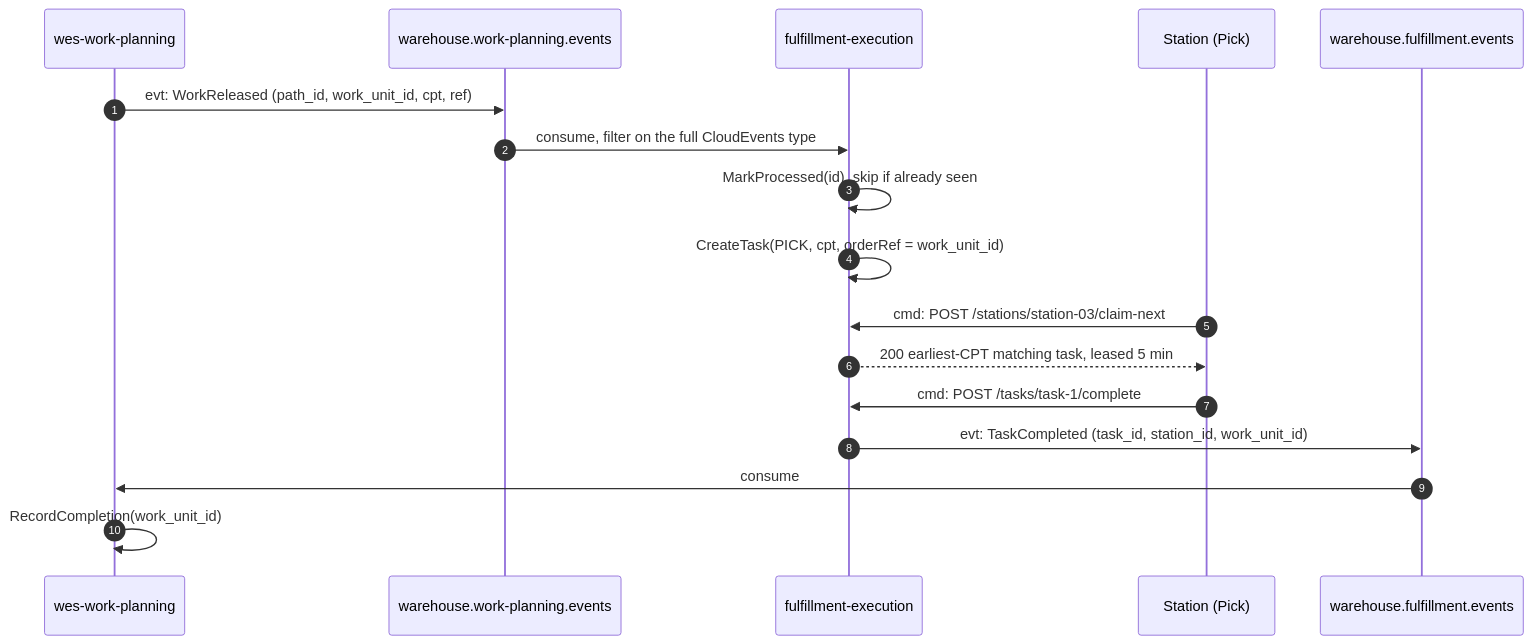
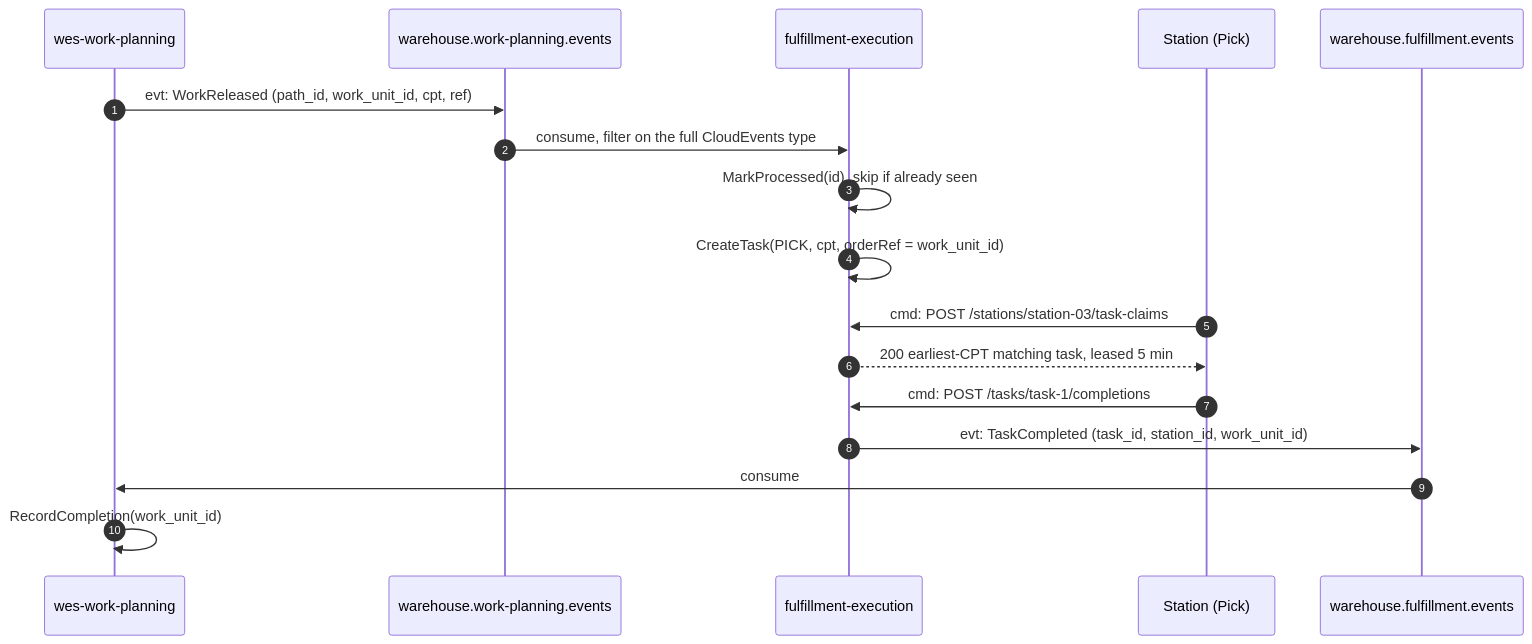
One commit to IQVO/warehouse-docs changed the second of 2 diagrams in docs/contexts/fulfillment-execution/context-map.md. Above: the diagram before and after it, drawn with Mermaid. The commit also changed 272 other files, not shown here.

````diff
--- a/docs/contexts/fulfillment-execution/context-map.md
+++ b/docs/contexts/fulfillment-execution/context-map.md
@@ -129,20 +129,20 @@
 ```mermaid
 sequenceDiagram
     autonumber
     participant WP as wes-work-planning
     participant K1 as warehouse.work-planning.events
     participant FE as fulfillment-execution
     participant ST as Station (Pick)
     participant K2 as warehouse.fulfillment.events
 
     WP->>K1: evt: WorkReleased (path_id, work_unit_id, cpt, ref)
     K1->>FE: consume, filter on the full CloudEvents type
     FE->>FE: MarkProcessed(id), skip if already seen
     FE->>FE: CreateTask(PICK, cpt, orderRef = work_unit_id)
-    ST->>FE: cmd: POST /stations/station-03/claim-next
+    ST->>FE: cmd: POST /stations/station-03/task-claims
     FE-->>ST: 200 earliest-CPT matching task, leased 5 min
-    ST->>FE: cmd: POST /tasks/task-1/complete
+    ST->>FE: cmd: POST /tasks/task-1/completions
     FE->>K2: evt: TaskCompleted (task_id, station_id, work_unit_id)
     K2->>WP: consume
     WP->>WP: RecordCompletion(work_unit_id)
 ```
````
